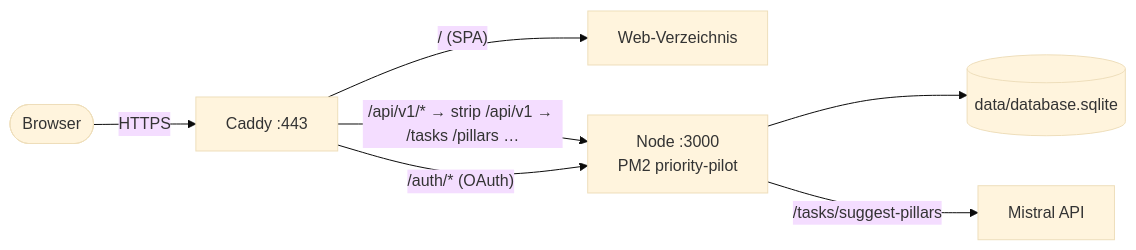
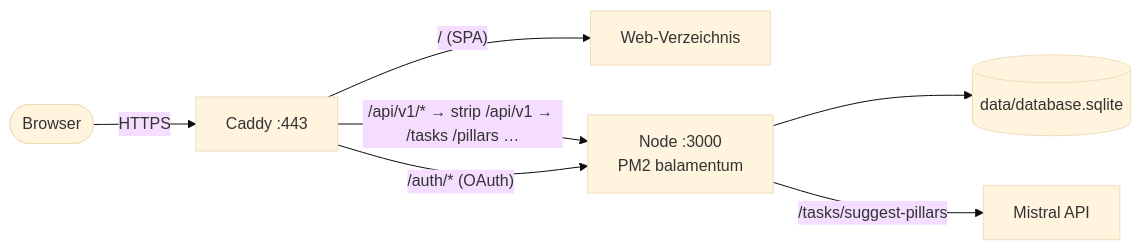
One commit to deleonio/priority-pilot changed the second of 2 diagrams in docs/server-setup.md. Above: the diagram before and after it, drawn with Mermaid (base theme). The commit also changed other lines of this file and 196 other files, not shown here.

First line of the commit message:
refactor: Priority Pilot heißt jetzt Balamentum

````diff
--- a/docs/server-setup.md
+++ b/docs/server-setup.md
@@ -27,9 +27,9 @@
 ```mermaid
 flowchart LR
     user(["Browser"]) -->|HTTPS| caddy["Caddy :443"]
     caddy -->|"/ (SPA)"| spa["Web-Verzeichnis"]
-    caddy -->|"/api/v1/* → strip /api/v1 → /tasks /pillars …"| node["Node :3000<br/>PM2 priority-pilot"]
+    caddy -->|"/api/v1/* → strip /api/v1 → /tasks /pillars …"| node["Node :3000<br/>PM2 balamentum"]
     caddy -->|"/auth/* (OAuth)"| node
     node --> db[("data/database.sqlite")]
     node -->|"/tasks/suggest-pillars"| mistral["Mistral API"]
 ```
````
